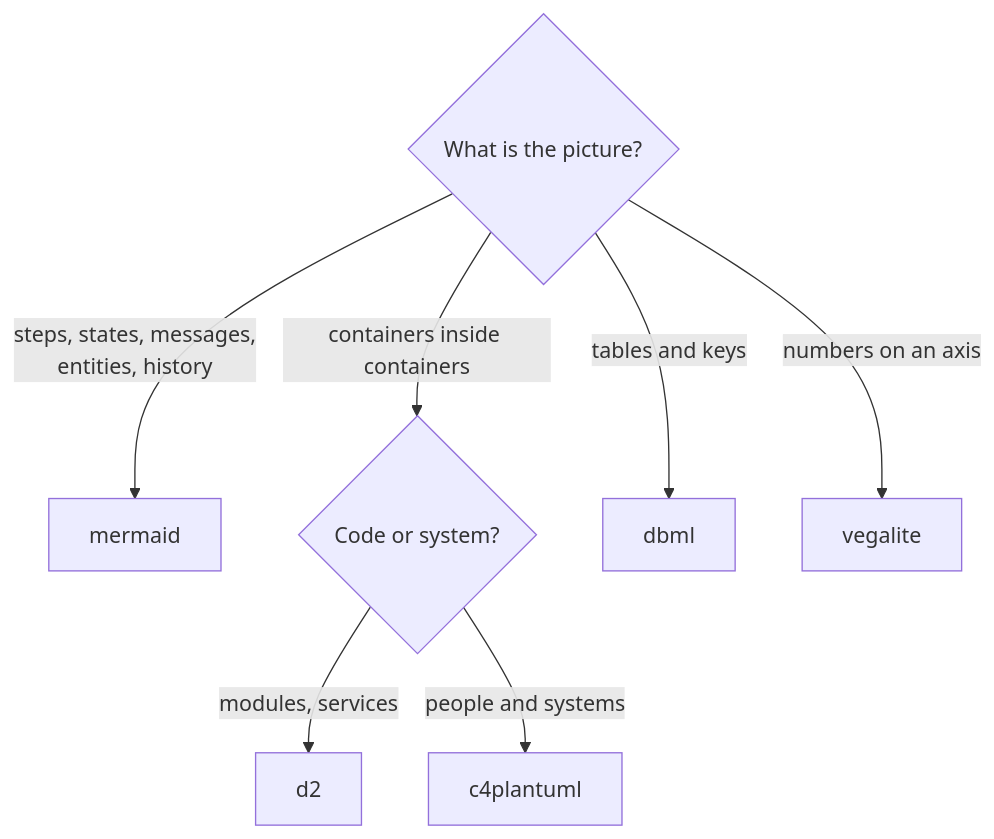
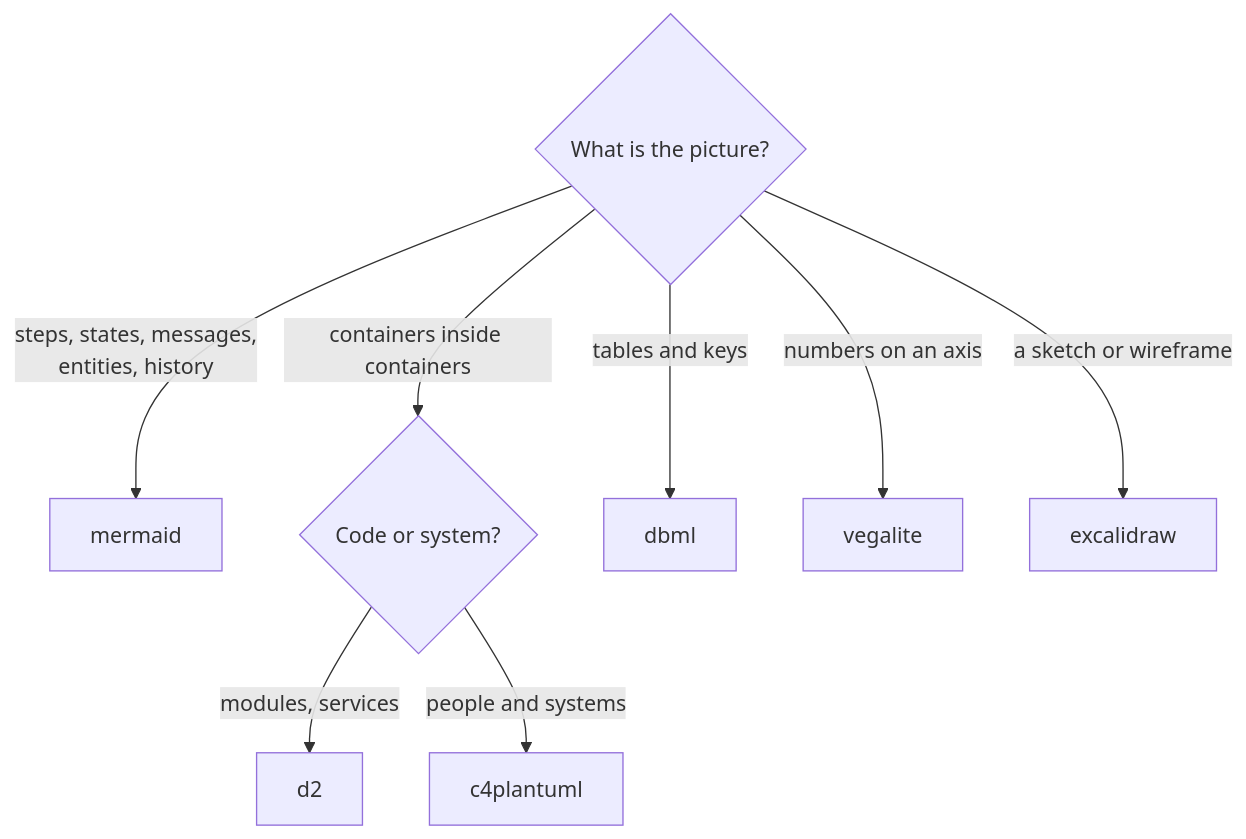
Before and after one commit to h0ffmann/marola: the first of 2 diagrams in docs/3-Working-on-the-repo/DIAGRAMS.md, drawn with Mermaid. The commit also changed other lines of this file and 9 other files, not shown here.

````diff
--- a/docs/3-Working-on-the-repo/DIAGRAMS.md
+++ b/docs/3-Working-on-the-repo/DIAGRAMS.md
@@ -42,10 +46,11 @@
 ```mermaid
 flowchart TD
   q{What is the picture?}
   q -- "steps, states, messages,<br/>entities, history" --> m[mermaid]
   q -- "containers inside containers" --> z{Code or system?}
   z -- "modules, services" --> d2[d2]
   z -- "people and systems" --> c4[c4plantuml]
   q -- "tables and keys" --> db[dbml]
   q -- "numbers on an axis" --> vl[vegalite]
+  q -- "a sketch or wireframe" --> ex[excalidraw]
 ```
````
